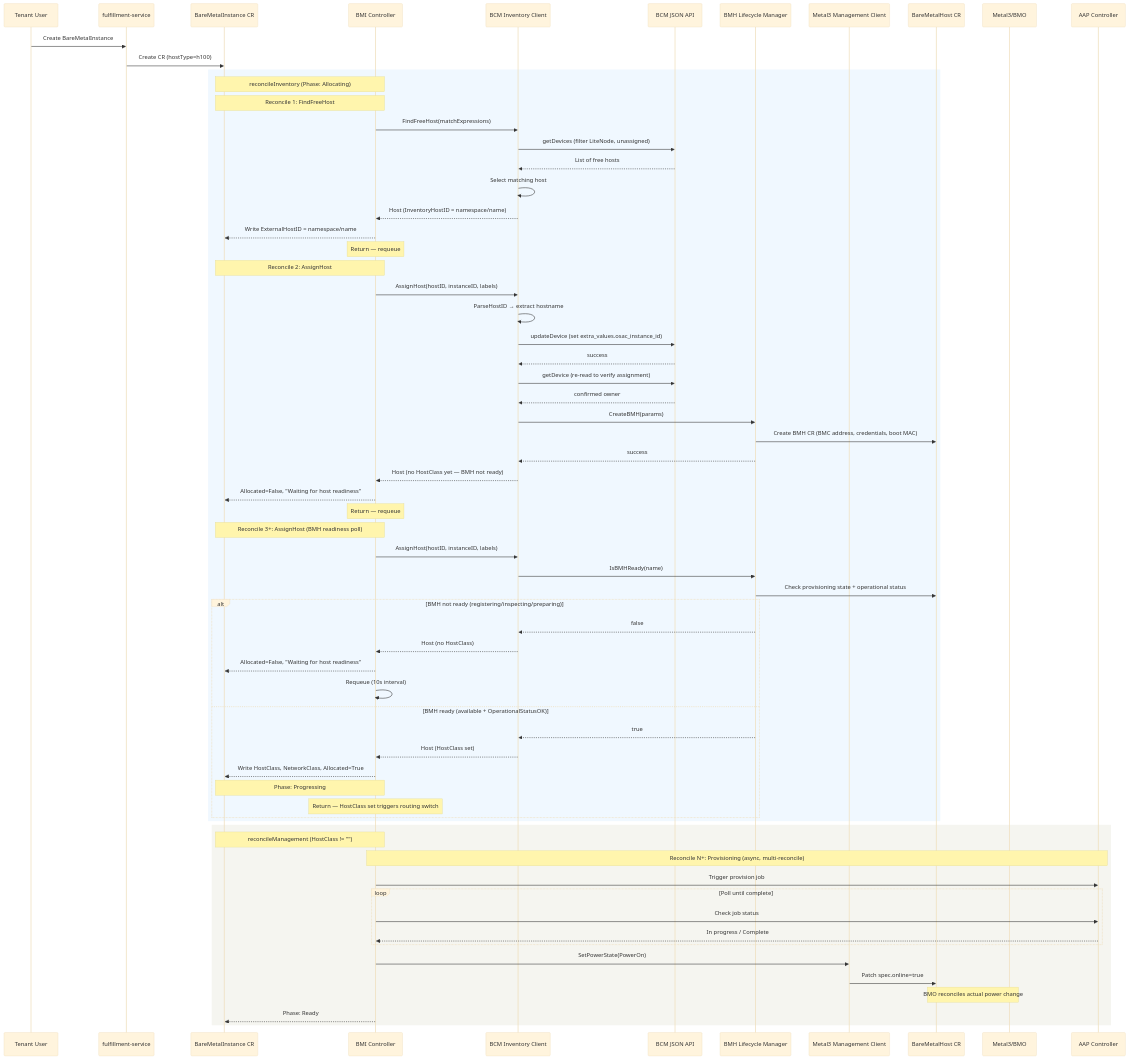
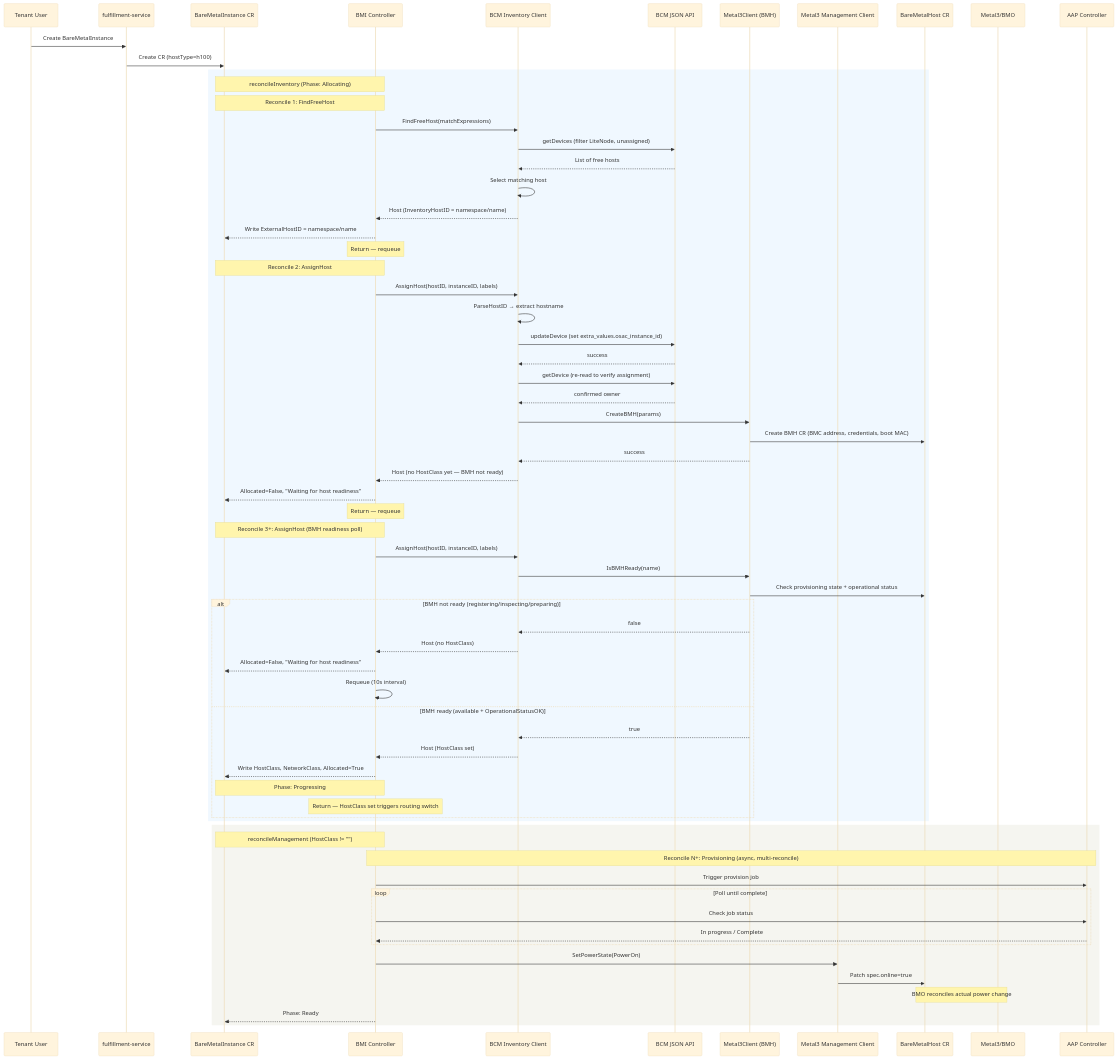
One commit to osac-project/enhancement-proposals changed the diagram in enhancements/OSAC-1339-bcm-backend/design.md. Above: the diagram before and after it, drawn with Mermaid (base theme). The commit also changed other lines of this file, not shown here.

First line of the commit message:
OSAC-1339: Move BMH operations from standalone struct to Metal3Client

````diff
--- a/enhancements/OSAC-1339-bcm-backend/design.md
+++ b/enhancements/OSAC-1339-bcm-backend/design.md
@@ -138,76 +139,76 @@
 ```mermaid
 sequenceDiagram
     participant TU as Tenant User
     participant FS as fulfillment-service
     participant BMI as BareMetalInstance CR
     participant CTRL as BMI Controller
     participant INV as BCM Inventory Client
     participant BCM as BCM JSON API
-    participant BMHLM as BMH Lifecycle Manager
+    participant BMHLM as Metal3Client (BMH)
     participant MGMT as Metal3 Management Client
     participant BMH as BareMetalHost CR
     participant M3 as Metal3/BMO
     participant AAP as AAP Controller
 
     TU->>FS: Create BareMetalInstance
     FS->>BMI: Create CR (hostType=h100)
 
     rect rgb(240, 248, 255)
     Note over CTRL,BMI: reconcileInventory (Phase: Allocating)
 
     Note over CTRL,BMI: Reconcile 1: FindFreeHost
     CTRL->>INV: FindFreeHost(matchExpressions)
     INV->>BCM: getDevices (filter LiteNode, unassigned)
     BCM-->>INV: List of free hosts
     INV->>INV: Select matching host
     INV-->>CTRL: Host (InventoryHostID = namespace/name)
     CTRL-->>BMI: Write ExternalHostID = namespace/name
     Note over CTRL: Return — requeue
 
     Note over CTRL,BMI: Reconcile 2: AssignHost
     CTRL->>INV: AssignHost(hostID, instanceID, labels)
     INV->>INV: ParseHostID → extract hostname
     INV->>BCM: updateDevice (set extra_values.osac_instance_id)
     BCM-->>INV: success
     INV->>BCM: getDevice (re-read to verify assignment)
     BCM-->>INV: confirmed owner
     INV->>BMHLM: CreateBMH(params)
     BMHLM->>BMH: Create BMH CR (BMC address, credentials, boot MAC)
     BMHLM-->>INV: success
     INV-->>CTRL: Host (no HostClass yet — BMH not ready)
     CTRL-->>BMI: Allocated=False, "Waiting for host readiness"
     Note over CTRL: Return — requeue
 
     Note over CTRL,BMI: Reconcile 3+: AssignHost (BMH readiness poll)
     CTRL->>INV: AssignHost(hostID, instanceID, labels)
     INV->>BMHLM: IsBMHReady(name)
     BMHLM->>BMH: Check provisioning state + operational status
     alt BMH not ready (registering/inspecting/preparing)
         BMHLM-->>INV: false
         INV-->>CTRL: Host (no HostClass)
         CTRL-->>BMI: Allocated=False, "Waiting for host readiness"
         CTRL->>CTRL: Requeue (10s interval)
     else BMH ready (available + OperationalStatusOK)
         BMHLM-->>INV: true
         INV-->>CTRL: Host (HostClass set)
         CTRL-->>BMI: Write HostClass, NetworkClass, Allocated=True
         Note over CTRL,BMI: Phase: Progressing
         Note over CTRL: Return — HostClass set triggers routing switch
     end
     end
 
     rect rgb(245, 245, 240)
     Note over CTRL,BMI: reconcileManagement (HostClass != "")
 
     Note over CTRL,AAP: Reconcile N+: Provisioning (async, multi-reconcile)
     CTRL->>AAP: Trigger provision job
     loop Poll until complete
         CTRL->>AAP: Check job status
         AAP-->>CTRL: In progress / Complete
     end
     CTRL->>MGMT: SetPowerState(PowerOn)
     MGMT->>BMH: Patch spec.online=true
     Note over BMH,M3: BMO reconciles actual power change
     CTRL-->>BMI: Phase: Ready
     end
 ```
````
